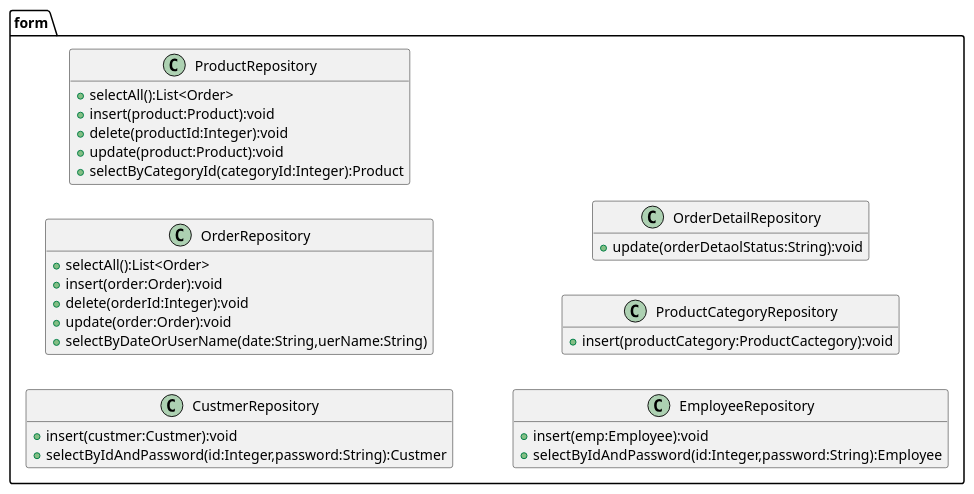
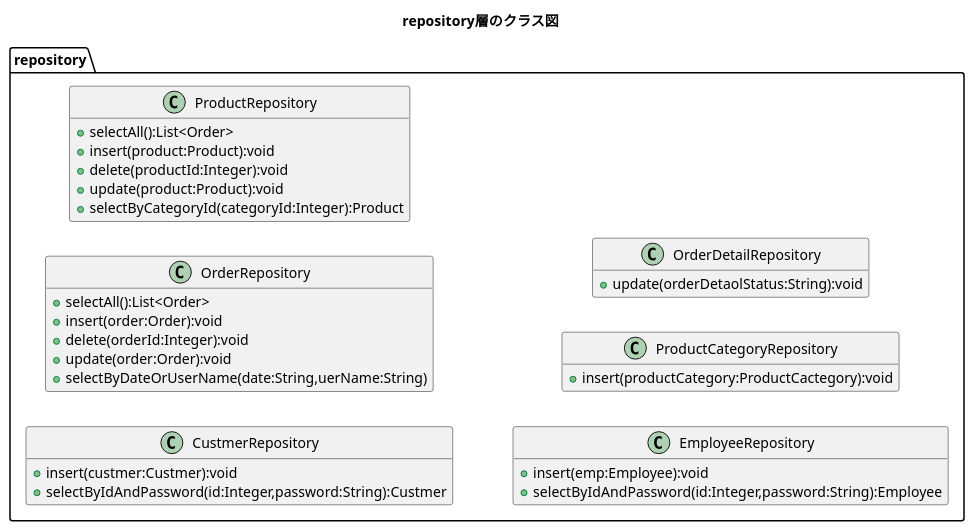
Before and after one commit to kanavii3333/ec-b: the diagram in plan/uml/class/repository.plantuml, drawn with PlantUML. The commit also changed 5 other files, not shown here.

Commit message:
全体クラス図　その他修正

```diff
--- a/plan/uml/class/repository.plantuml
+++ b/plan/uml/class/repository.plantuml
@@ -1,41 +1,41 @@
 @startuml
-
+title repository層のクラス図
 hide empty members
 left to right direction
 
-package form{
+package repository{
     class CustmerRepository{
         +insert(custmer:Custmer):void
         +selectByIdAndPassword(id:Integer,password:String):Custmer
     }
 
     class OrderRepository{
         +selectAll():List<Order>
         +insert(order:Order):void
         +delete(orderId:Integer):void
         +update(order:Order):void
         +selectByDateOrUserName(date:String,uerName:String)
     }
 
     class ProductRepository{
         +selectAll():List<Order>
         +insert(product:Product):void
         +delete(productId:Integer):void
         +update(product:Product):void
         +selectByCategoryId(categoryId:Integer):Product
     }
 
     class EmployeeRepository{
         +insert(emp:Employee):void
         +selectByIdAndPassword(id:Integer,password:String):Employee
     }
 
     class ProductCategoryRepository{
         +insert(productCategory:ProductCactegory):void
     }
 
     class OrderDetailRepository{
         +update(orderDetaolStatus:String):void
     }
 }
 @enduml
```
